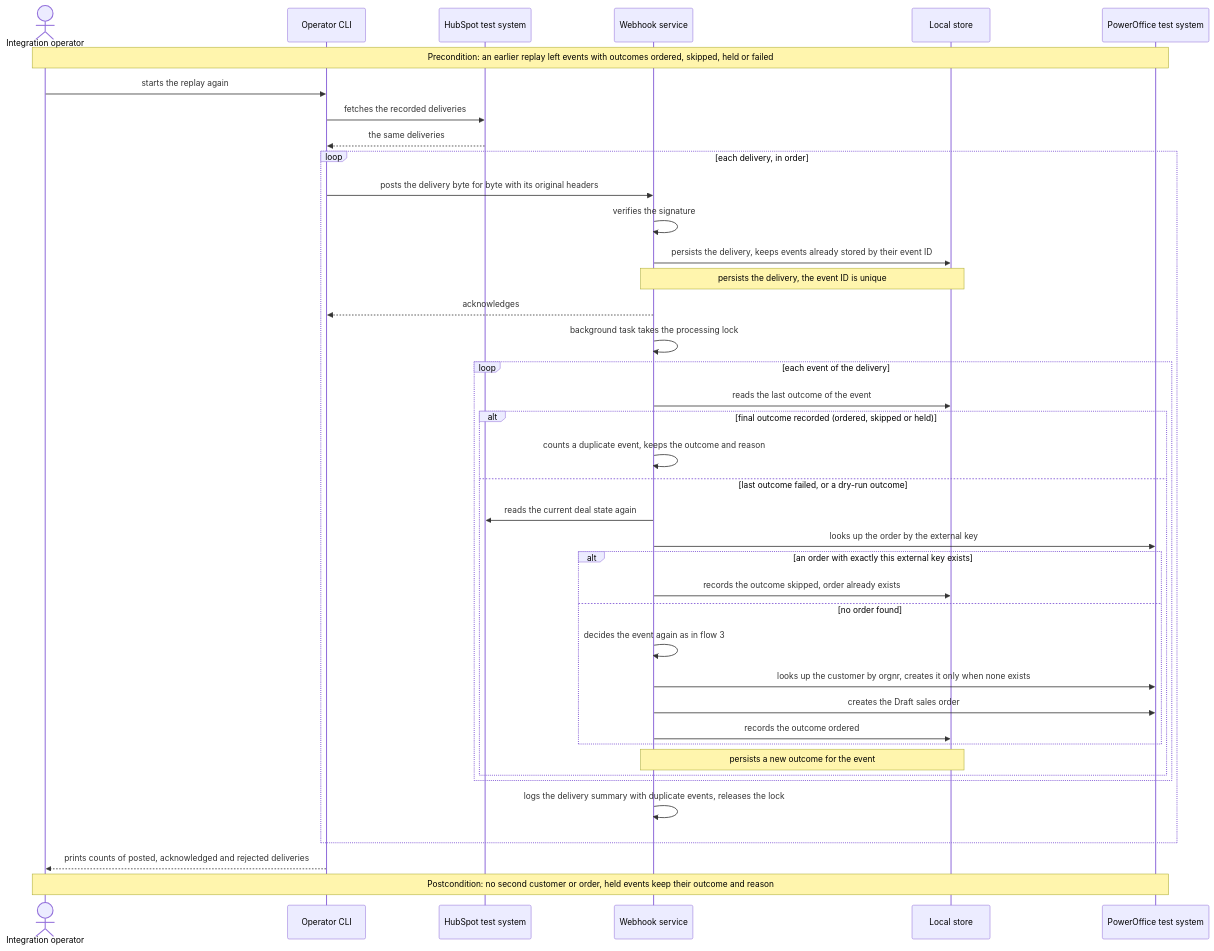
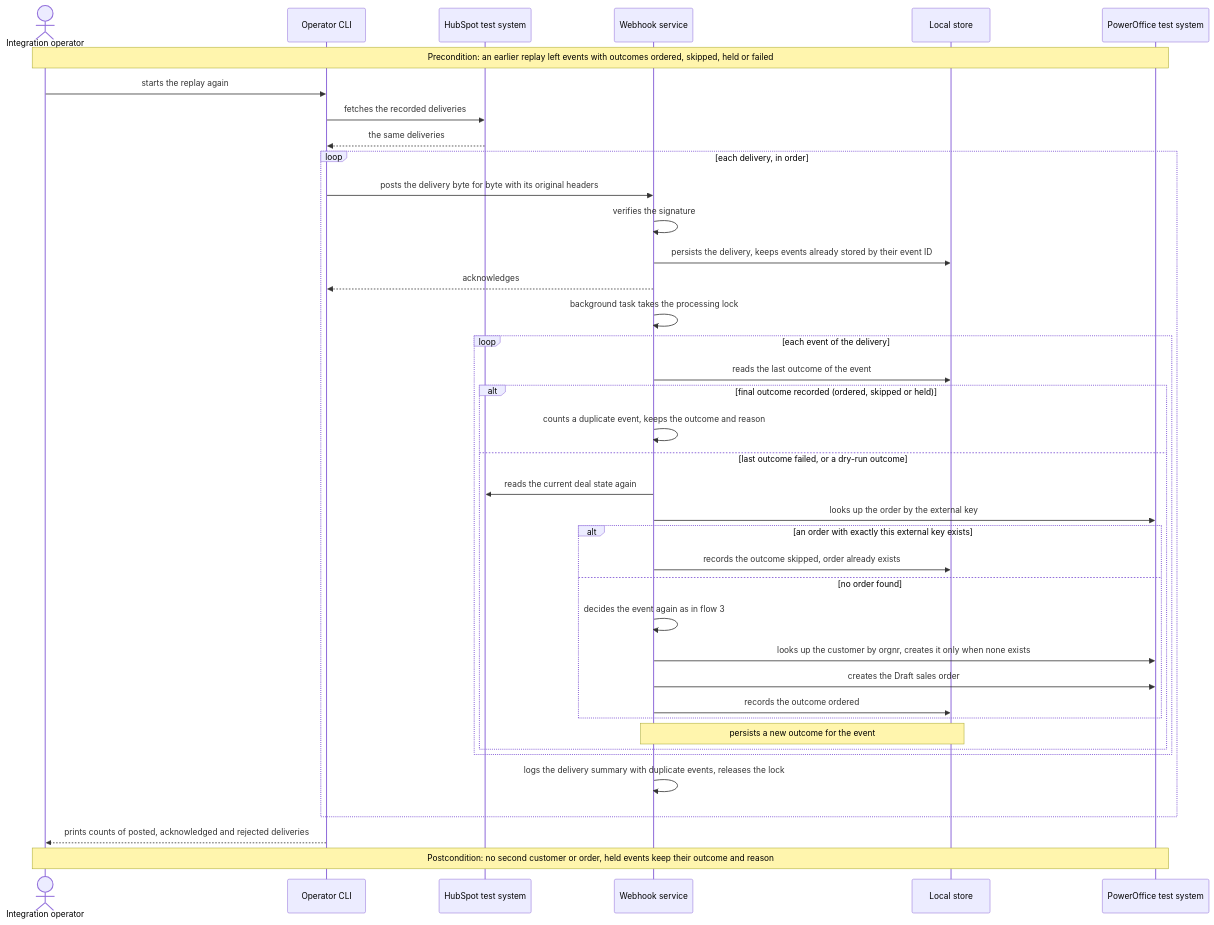
The fourth of 6 diagrams in docs/features/won-deal-to-order/sad.md (Ponomaleks/yne-test-task), drawn with Mermaid before and after one commit. The commit also changed other lines of this file, not shown here.

Commit message:
docs(won-deal-to-order): remove stale flow 2 stub and duplicate note in sad.md

````diff
--- a/docs/features/won-deal-to-order/sad.md
+++ b/docs/features/won-deal-to-order/sad.md
@@ -233,42 +228,41 @@
 ```mermaid
 sequenceDiagram
     actor Operator as Integration operator
     participant CLI as Operator CLI
     participant HS as HubSpot test system
     participant Svc as Webhook service
     participant Store as Local store
     participant PO as PowerOffice test system
     Note over Operator,PO: Precondition: an earlier replay left events with outcomes ordered, skipped, held or failed
     Operator->>CLI: starts the replay again
     CLI->>HS: fetches the recorded deliveries
     HS-->>CLI: the same deliveries
     loop each delivery, in order
         CLI->>Svc: posts the delivery byte for byte with its original headers
         Svc->>Svc: verifies the signature
         Svc->>Store: persists the delivery, keeps events already stored by their event ID
-        Note over Svc,Store: persists the delivery, the event ID is unique
         Svc-->>CLI: acknowledges
         Svc->>Svc: background task takes the processing lock
         loop each event of the delivery
             Svc->>Store: reads the last outcome of the event
             alt final outcome recorded (ordered, skipped or held)
                 Svc->>Svc: counts a duplicate event, keeps the outcome and reason
             else last outcome failed, or a dry-run outcome
                 Svc->>HS: reads the current deal state again
                 Svc->>PO: looks up the order by the external key
                 alt an order with exactly this external key exists
                     Svc->>Store: records the outcome skipped, order already exists
                 else no order found
                     Svc->>Svc: decides the event again as in flow 3
                     Svc->>PO: looks up the customer by orgnr, creates it only when none exists
                     Svc->>PO: creates the Draft sales order
                     Svc->>Store: records the outcome ordered
                 end
                 Note over Svc,Store: persists a new outcome for the event
             end
         end
         Svc->>Svc: logs the delivery summary with duplicate events, releases the lock
     end
     CLI-->>Operator: prints counts of posted, acknowledged and rejected deliveries
     Note over Operator,PO: Postcondition: no second customer or order, held events keep their outcome and reason
 ```
````
